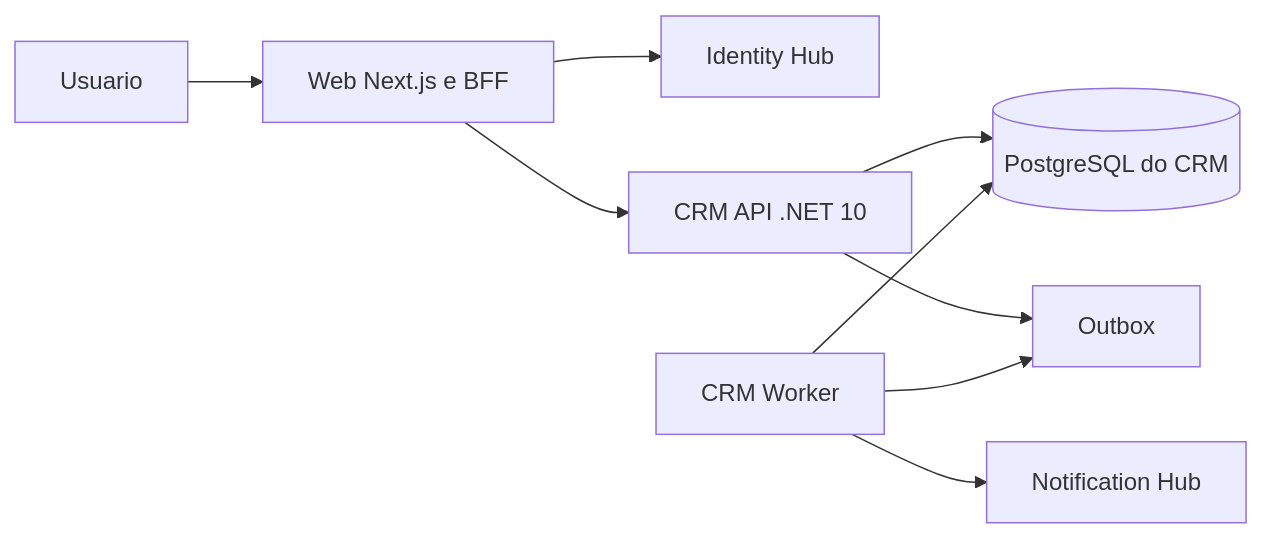
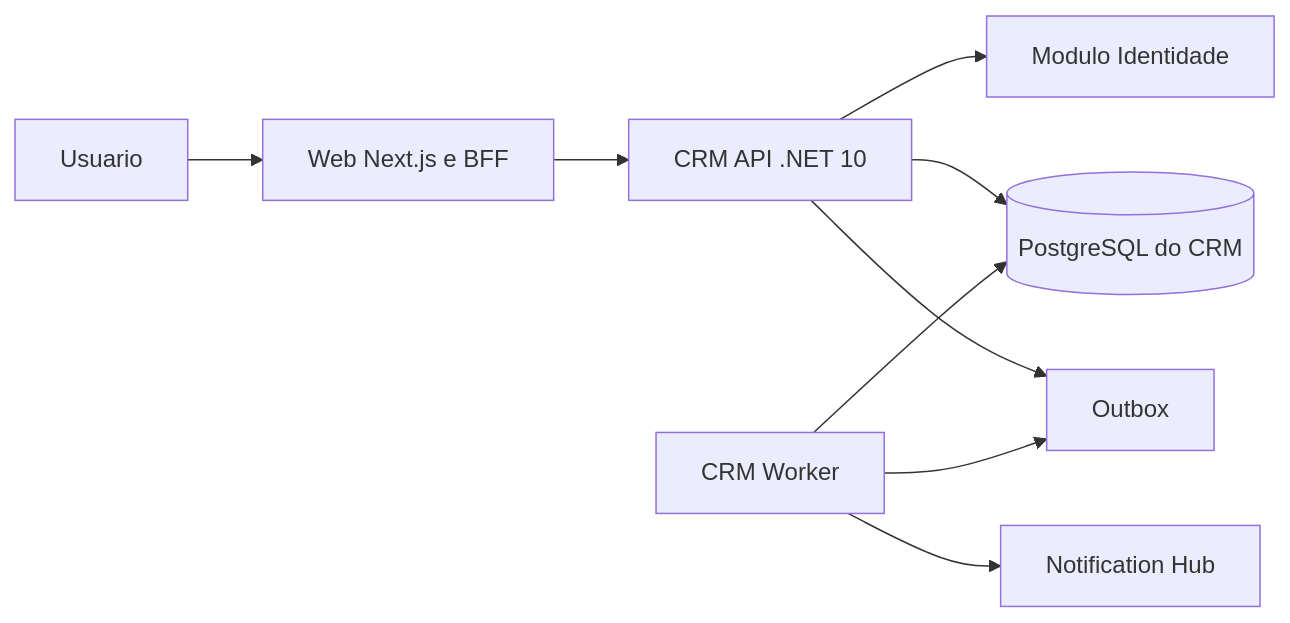
The diagram in docs/07-tecnico/README.md (gustavodrager/lavamais-crm), drawn with Mermaid before and after one commit. The commit also changed other lines of this file and 36 other files, not shown here.

````diff
--- a/docs/07-tecnico/README.md
+++ b/docs/07-tecnico/README.md
@@ -7,11 +7,11 @@
 ```mermaid
 flowchart LR
     U["Usuario"] --> W["Web Next.js e BFF"]
-    W --> I["Identity Hub"]
     W --> A["CRM API .NET 10"]
+    A --> I["Modulo Identidade"]
     A --> D[("PostgreSQL do CRM")]
     A --> O["Outbox"]
     K["CRM Worker"] --> O
     K --> N["Notification Hub"]
     K --> D
 ```
````
